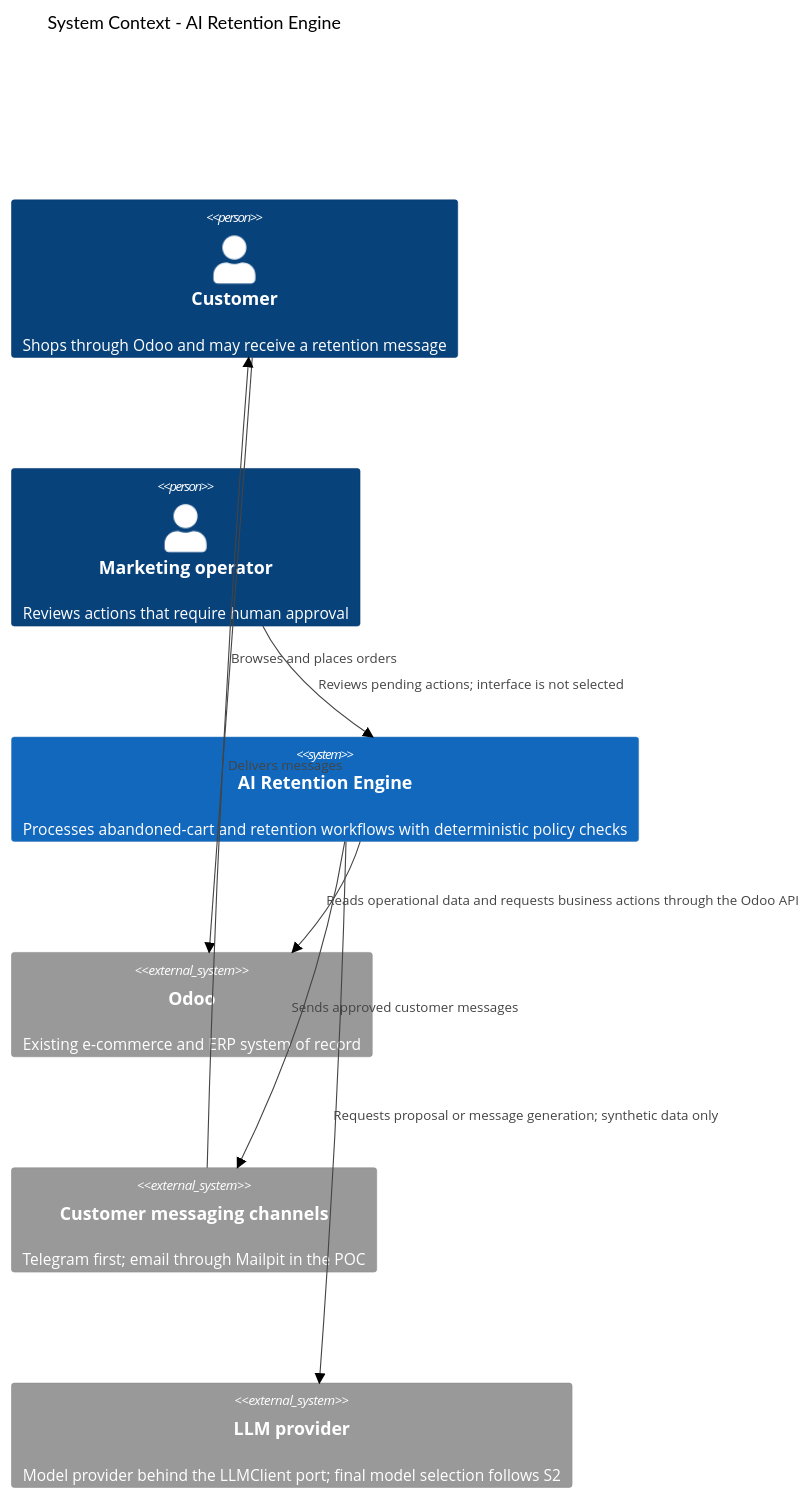
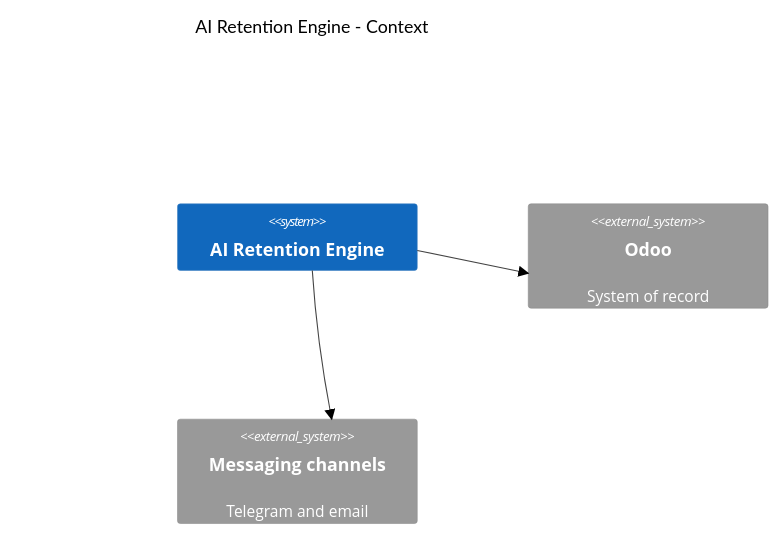
One commit to aymanaboghonim/odoo-agentic-retention-engine changed the first of 3 diagrams in docs/architecture/system-overview.md. Above: the diagram before and after it, drawn with Mermaid (neutral theme). The commit also changed other lines of this file, not shown here.

First line of the commit message:
docs: simplify C4 diagrams for GitHub rendering

````diff
--- a/docs/architecture/system-overview.md
+++ b/docs/architecture/system-overview.md
@@ -7,19 +7,11 @@
 ```mermaid
 C4Context
-    title System Context - AI Retention Engine
+    title AI Retention Engine - Context
 
-    Person(customer, "Customer", "Shops through Odoo and may receive a retention message")
-    Person(operator, "Marketing operator", "Reviews actions that require human approval")
+    System(engine, "AI Retention Engine")
+    System_Ext(odoo, "Odoo", "System of record")
+    System_Ext(channels, "Messaging channels", "Telegram and email")
 
-    System(engine, "AI Retention Engine", "Processes abandoned-cart and retention workflows with deterministic policy checks")
-    System_Ext(odoo, "Odoo", "Existing e-commerce and ERP system of record")
-    System_Ext(channels, "Customer messaging channels", "Telegram first; email through Mailpit in the POC")
-    System_Ext(llm, "LLM provider", "Model provider behind the LLMClient port; final model selection follows S2")
-
-    Rel(customer, odoo, "Browses and places orders")
-    Rel(engine, odoo, "Reads operational data and requests business actions through the Odoo API")
-    Rel(engine, channels, "Sends approved customer messages")
-    Rel(channels, customer, "Delivers messages")
-    Rel(operator, engine, "Reviews pending actions; interface is not selected")
-    Rel(engine, llm, "Requests proposal or message generation; synthetic data only")
+    Rel(engine, odoo, "")
+    Rel(engine, channels, "")
 ```
````
